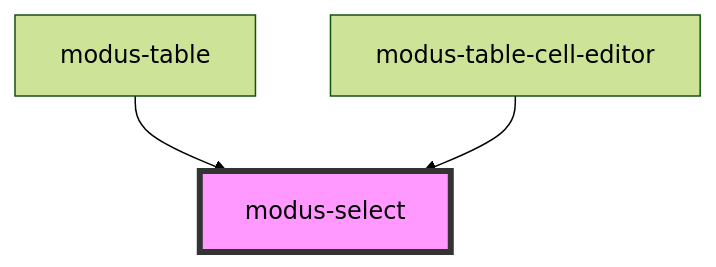
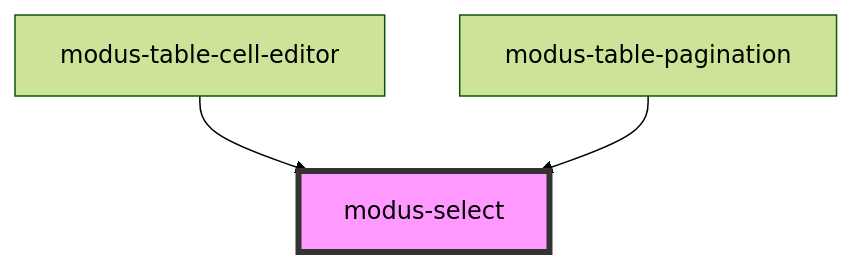
The diagram in stencil-workspace/src/components/modus-select/readme.md (trimble-oss/modus-web-components), drawn with Mermaid (forest theme) before and after one commit. The commit also changed other lines of this file and 10 other files, not shown here.

````diff
--- a/stencil-workspace/src/components/modus-select/readme.md
+++ b/stencil-workspace/src/components/modus-select/readme.md
@@ -61,6 +61,6 @@
 ```mermaid
 graph TD;
-  modus-table --> modus-select
   modus-table-cell-editor --> modus-select
+  modus-table-pagination --> modus-select
   style modus-select fill:#f9f,stroke:#333,stroke-width:4px
 ```
````
